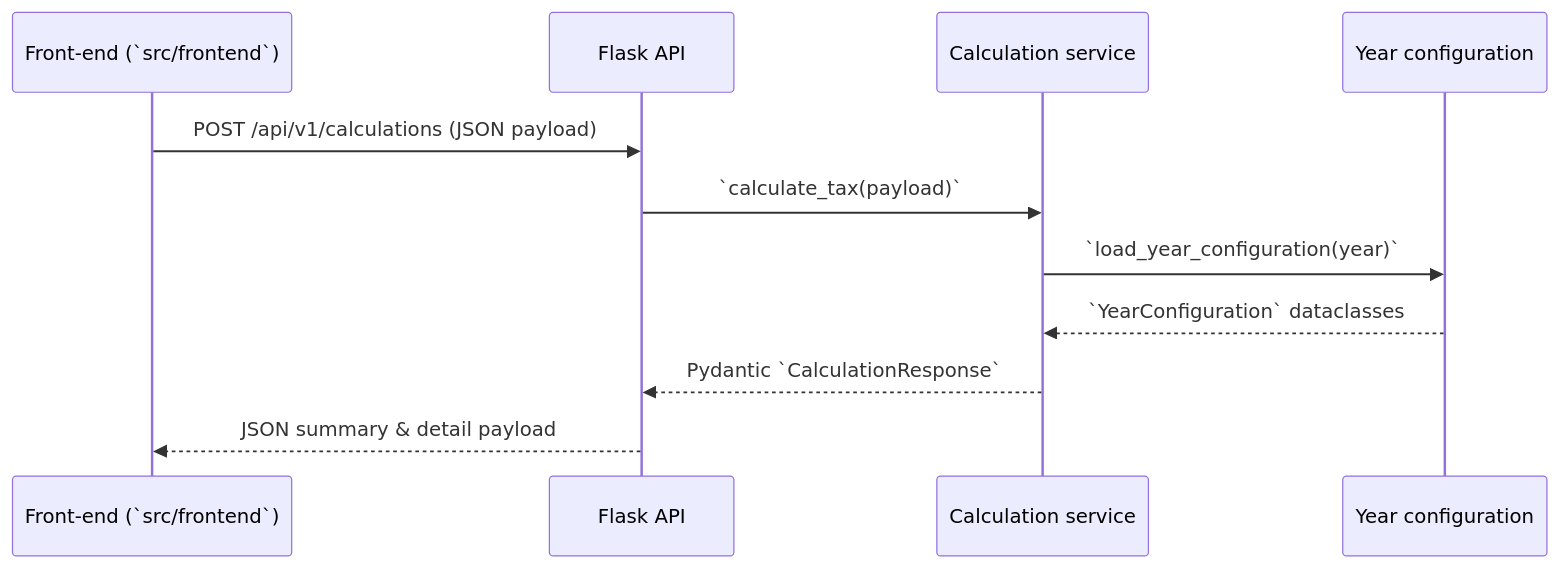
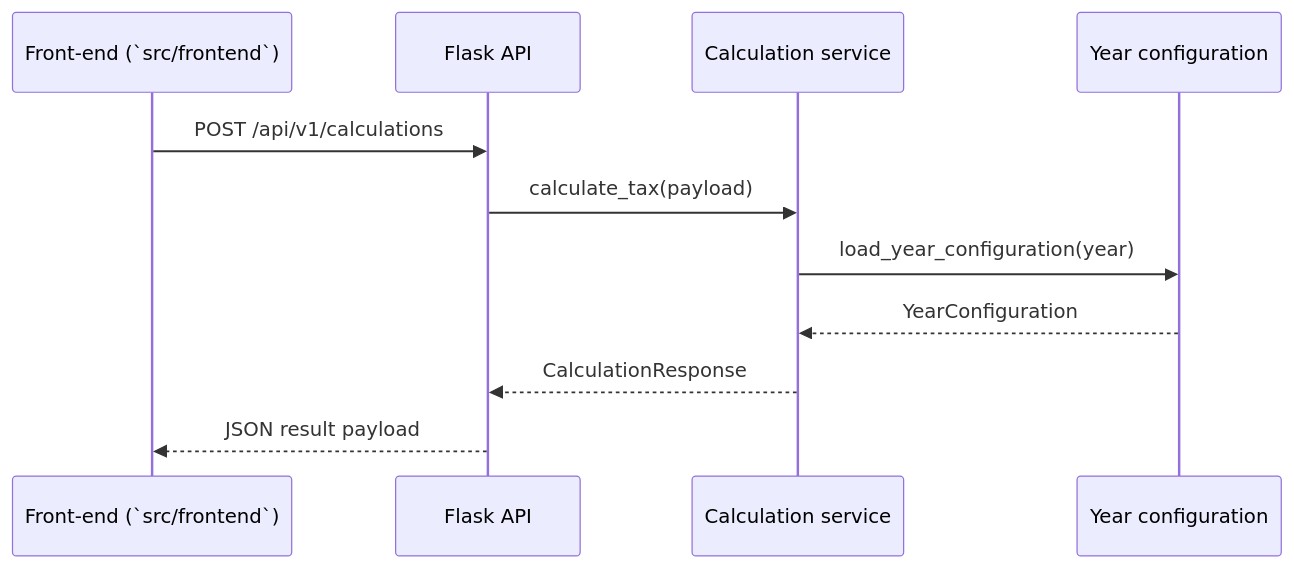
One commit to cntanos/greektax changed the diagram in docs/architecture.md. Above: the diagram before and after it, drawn with Mermaid. The commit also changed other lines of this file and 5 other files, not shown here.

````diff
--- a/docs/architecture.md
+++ b/docs/architecture.md
@@ -123,14 +32,14 @@
 ```mermaid
 sequenceDiagram
     participant UI as Front-end (`src/frontend`)
     participant API as Flask API
     participant Service as Calculation service
     participant Config as Year configuration
 
-    UI->>API: POST /api/v1/calculations (JSON payload)
-    API->>Service: `calculate_tax(payload)`
-    Service->>Config: `load_year_configuration(year)`
-    Config-->>Service: `YearConfiguration` dataclasses
-    Service-->>API: Pydantic `CalculationResponse`
-    API-->>UI: JSON summary & detail payload
+    UI->>API: POST /api/v1/calculations
+    API->>Service: calculate_tax(payload)
+    Service->>Config: load_year_configuration(year)
+    Config-->>Service: YearConfiguration
+    Service-->>API: CalculationResponse
+    API-->>UI: JSON result payload
 ```
````
